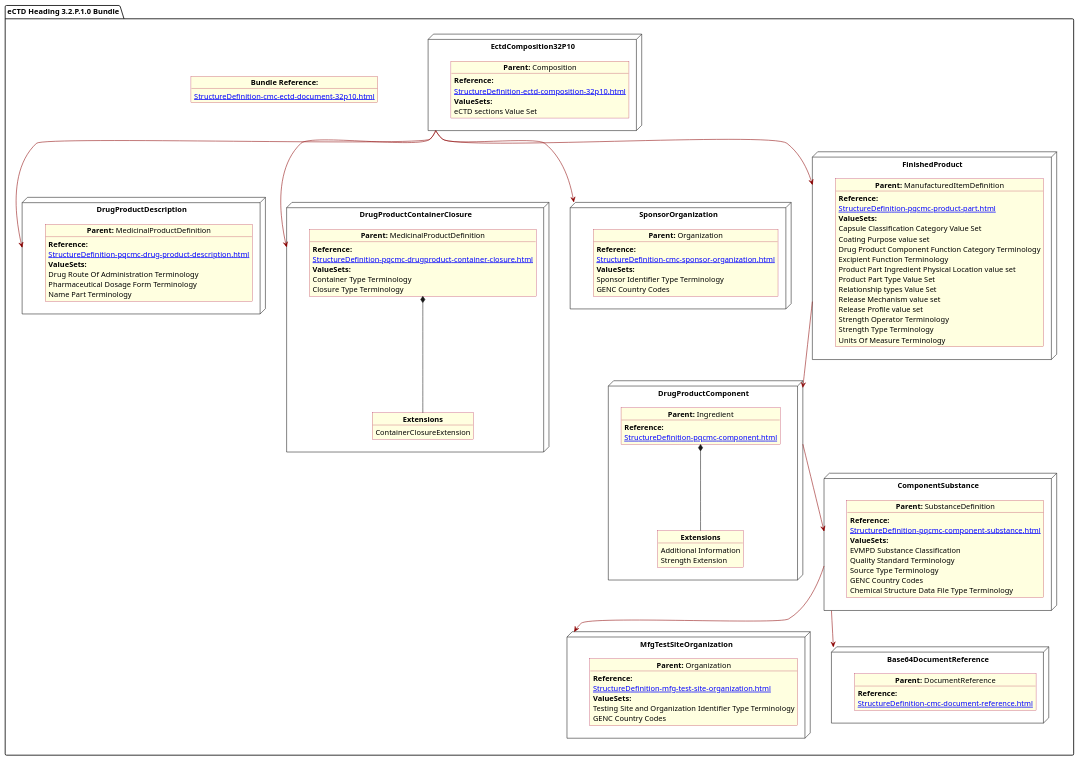
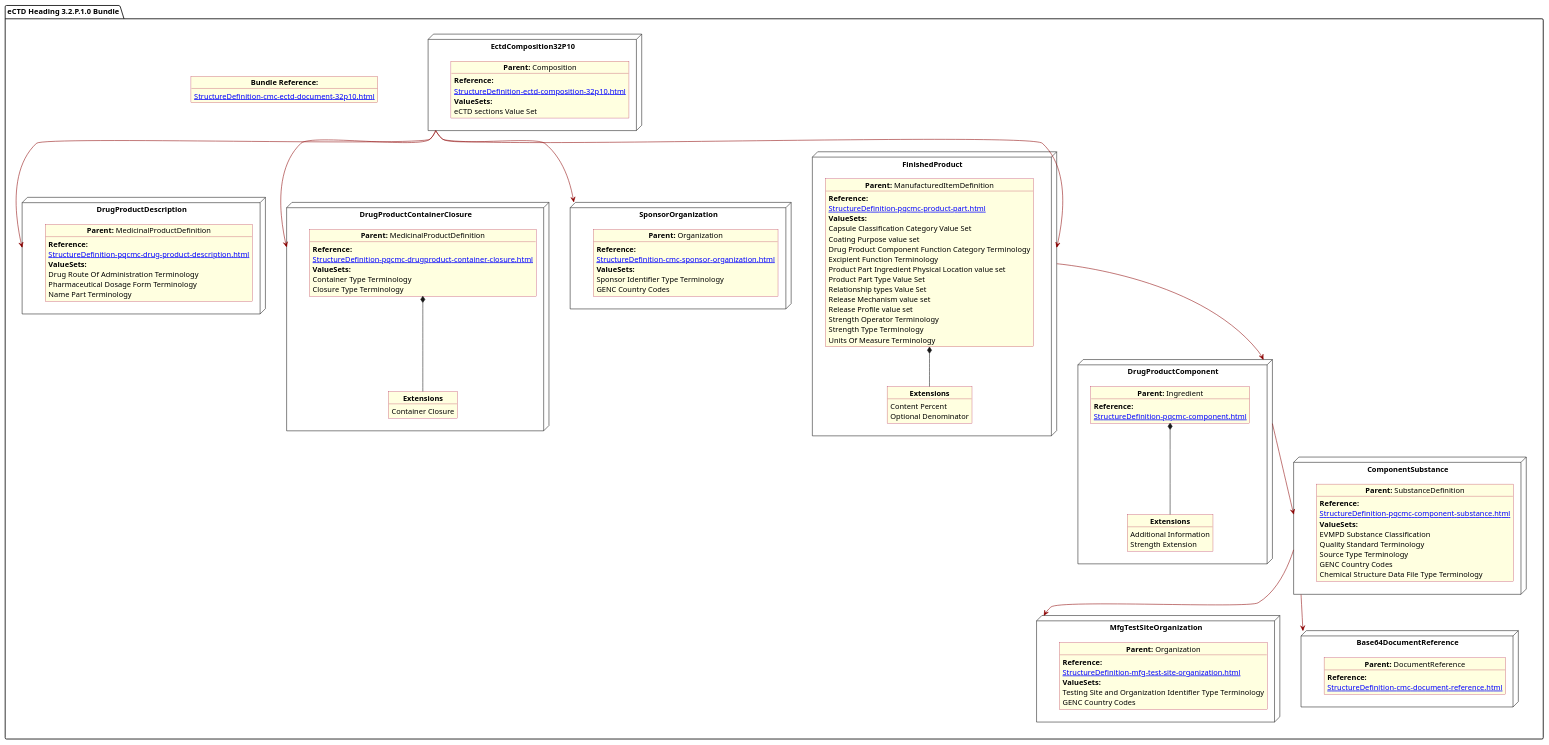
Before and after one commit to HL7/FHIR-us-pq-cmc-fda: the diagram in input/images-source/ProdDesComp.plantuml, drawn with PlantUML. The commit also changed 11 other files, not shown here.

```diff
--- a/input/images-source/ProdDesComp.plantuml
+++ b/input/images-source/ProdDesComp.plantuml
@@ -1,137 +1,142 @@
 @startuml ProdDesComp
 allowmixing
 'Mixed model of use case and object
 skinparam svgDimensionStyle false
 skinparam ObjectBackgroundColor LightYellow
 skinparam ObjectBorderColor #A80036
 skinparam activityDiamondBorderColor #A80036
 skinparam activityDiamondBackgroundColor lawnGreen
 skinparam ClassBorderThickness 4
 
 package "eCTD Heading 3.2.P.1.0 Bundle" as NODES {
   object "**Bundle Reference:**" as objbun {
     [[StructureDefinition-cmc-ectd-document-32p10.html]]
   }
 
   node "DrugProductDescription" as N2 {
 
     object "**Parent:** MedicinalProductDefinition" as obj2 {
       **Reference:**
       [[StructureDefinition-pqcmc-drug-product-description.html]]
       **ValueSets:**
       Drug Route Of Administration Terminology
       Pharmaceutical Dosage Form Terminology
       Name Part Terminology
     }
   }
   node "EctdComposition32P10" as N1 {
 
     object "**Parent:** Composition" as obj1 {
       **Reference:**
       [[StructureDefinition-ectd-composition-32p10.html]]
       **ValueSets:**
       eCTD sections Value Set
     }
 
   }
   node "DrugProductContainerClosure" as N21 {
 
     object "**Parent:** MedicinalProductDefinition" as obj22 {
       **Reference:**
       [[StructureDefinition-pqcmc-drugproduct-container-closure.html]]
       **ValueSets:**
       Container Type Terminology
       Closure Type Terminology
     }
     object "**Extensions**" as objEx {
-      ContainerClosureExtension
+      Container Closure
     }
     obj22 *-- objEx
   }
 
   node "SponsorOrganization" as NSO {
 
     object "**Parent:** Organization" as objAu {
       **Reference:**
       [[StructureDefinition-cmc-sponsor-organization.html]]
       **ValueSets:**
       Sponsor Identifier Type Terminology
       GENC Country Codes
     }
   }
   node "FinishedProduct"as MID {
     object "**Parent:** ManufacturedItemDefinition" as objMID {
 
       **Reference:**
       [[StructureDefinition-pqcmc-product-part.html]]
       **ValueSets:**
       Capsule Classification Category Value Set
       Coating Purpose value set
       Drug Product Component Function Category Terminology
       Excipient Function Terminology
       Product Part Ingredient Physical Location value set
       Product Part Type Value Set
       Relationship types Value Set
       Release Mechanism value set
       Release Profile value set
       Strength Operator Terminology
       Strength Type Terminology
       Units Of Measure Terminology
     }
+        object "**Extensions**" as objMIDExs {
+      Content Percent
+      Optional Denominator
+    }
+    objMID *-- objMIDExs
   }
   node "MfgTestSiteOrganization" as NMFG {
 
     object "**Parent:** Organization" as objDP {
       **Reference:**
       [[StructureDefinition-mfg-test-site-organization.html]]
       **ValueSets:**
       Testing Site and Organization Identifier Type Terminology
       GENC Country Codes
     }
   }
 
   node "DrugProductComponent" as NN {
 
     object "**Parent:** Ingredient" as obj3 {
       **Reference:**
       [[StructureDefinition-pqcmc-component.html]]
     }
     object "**Extensions**" as objExs {
       Additional Information
       Strength Extension
     }
     obj3 *-- objExs
   }
 
   node "ComponentSubstance" as NCS {
 
     object "**Parent:** SubstanceDefinition" as objSubDef {
       **Reference:**
       [[StructureDefinition-pqcmc-component-substance.html]]
       **ValueSets:**
       EVMPD Substance Classification
       Quality Standard Terminology
       Source Type Terminology
       GENC Country Codes
       Chemical Structure Data File Type Terminology
     }
   }
   node "Base64DocumentReference" as NB64 {
 
     object "**Parent:** DocumentReference"  as obj64 {
 
       **Reference:**
       [[StructureDefinition-cmc-document-reference.html]]
     }
 
   }
 
   N1 -[#darkred]-> N2
   N1 -[#darkred]-> MID
   N1 -[#darkred]-> NSO
   N1 -[#darkred]-> N21
   MID -[#darkred]-> NN
   NCS -[#darkred]-> NMFG
   NN -[#darkred]-> NCS
   NCS -[#darkred]-> NB64
   @enduml
```
